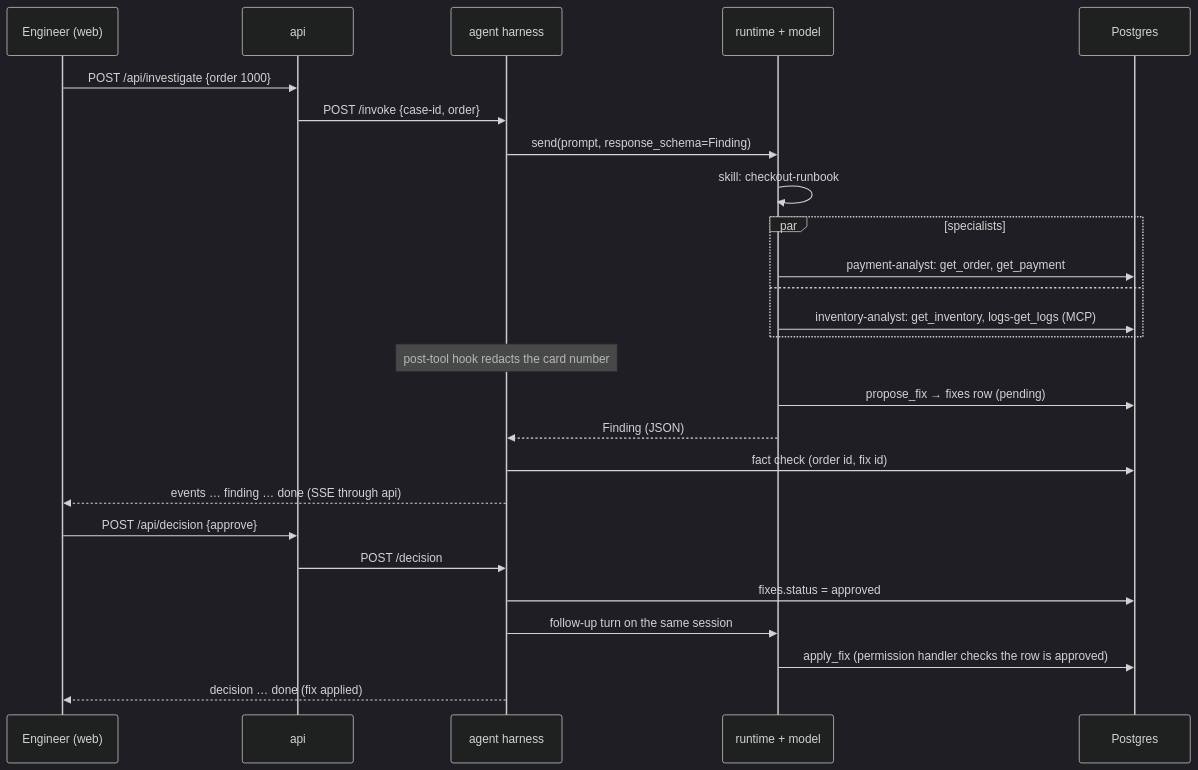
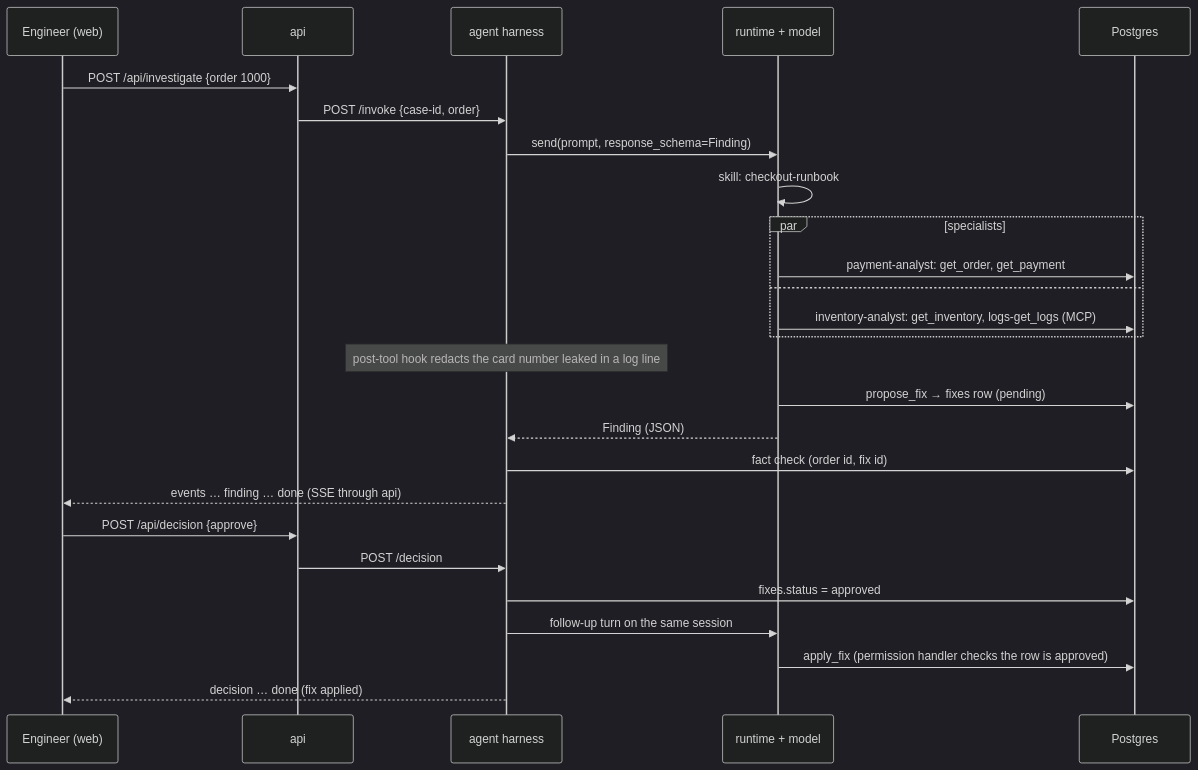
Before and after one commit to ppenumatsa1/harness-poc: the second of 2 diagrams in docs/capstone.md, drawn with Mermaid (dark theme). The commit also changed other lines of this file and 21 other files, not shown here.

````diff
--- a/docs/capstone.md
+++ b/docs/capstone.md
@@ -55,28 +55,28 @@
 ```mermaid
 sequenceDiagram
     participant E as Engineer (web)
     participant A as api
     participant H as agent harness
     participant R as runtime + model
     participant D as Postgres
     E->>A: POST /api/investigate {order 1000}
     A->>H: POST /invoke {case-id, order}
     H->>R: send(prompt, response_schema=Finding)
     R->>R: skill: checkout-runbook
     par specialists
         R->>D: payment-analyst: get_order, get_payment
     and
         R->>D: inventory-analyst: get_inventory, logs-get_logs (MCP)
     end
-    Note over H: post-tool hook redacts the card number
+    Note over H: post-tool hook redacts the card number leaked in a log line
     R->>D: propose_fix → fixes row (pending)
     R-->>H: Finding (JSON)
     H->>D: fact check (order id, fix id)
     H-->>E: events … finding … done (SSE through api)
     E->>A: POST /api/decision {approve}
     A->>H: POST /decision
     H->>D: fixes.status = approved
     H->>R: follow-up turn on the same session
     R->>D: apply_fix (permission handler checks the row is approved)
     H-->>E: decision … done (fix applied)
 ```
````
